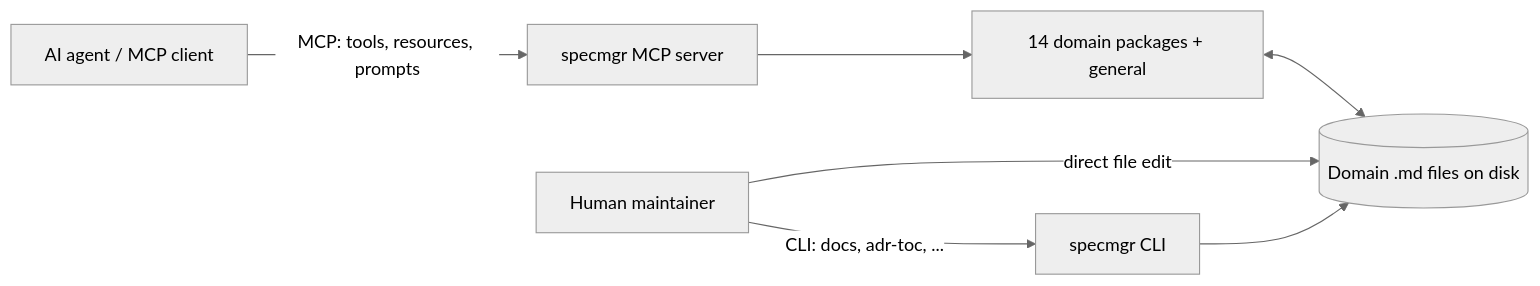
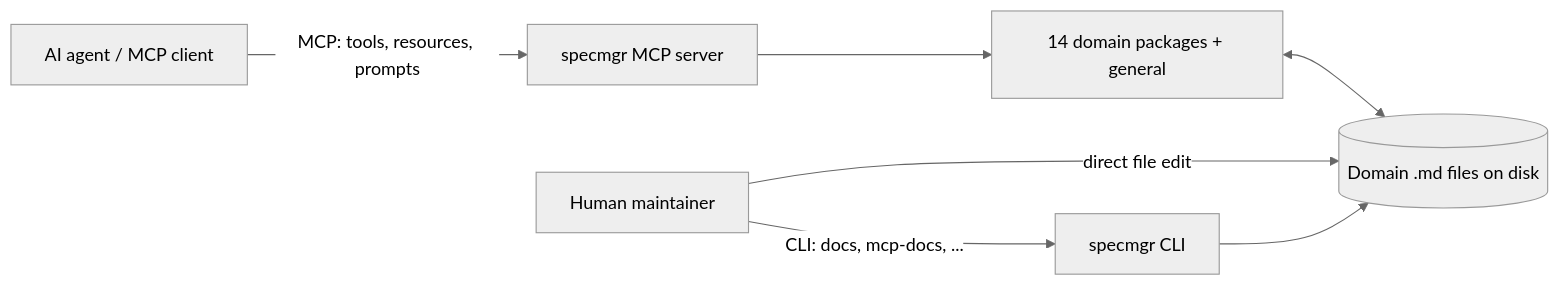
Before and after one commit to dfch/biz.dfch.SpecMgr: the diagram in docs/sysrs/sysrs-8d752304-b076-4bad-89af-f8032158dd21-system-requirements-specification-biz-dfch-specmgr.md, drawn with Mermaid (neutral theme). The commit also changed other lines of this file and 1311 other files, not shown here.

````diff
--- a/docs/sysrs/sysrs-8d752304-b076-4bad-89af-f8032158dd21-system-requirements-specification-biz-dfch-specmgr.md
+++ b/docs/sysrs/sysrs-8d752304-b076-4bad-89af-f8032158dd21-system-requirements-specification-biz-dfch-specmgr.md
@@ -91,9 +91,9 @@
 ```mermaid
 flowchart LR
   AGENT[AI agent / MCP client] -->|MCP: tools, resources, prompts| SERVER[specmgr MCP server]
   HUMAN[Human maintainer] -->|direct file edit| FS[(Domain .md files on disk)]
-  HUMAN -->|CLI: docs, adr-toc, ...| CLI[specmgr CLI]
+  HUMAN -->|CLI: docs, mcp-docs, ...| CLI[specmgr CLI]
   SERVER --> DOMAINS[14 domain packages + general]
   DOMAINS <--> FS
   CLI --> FS
 ```
````
